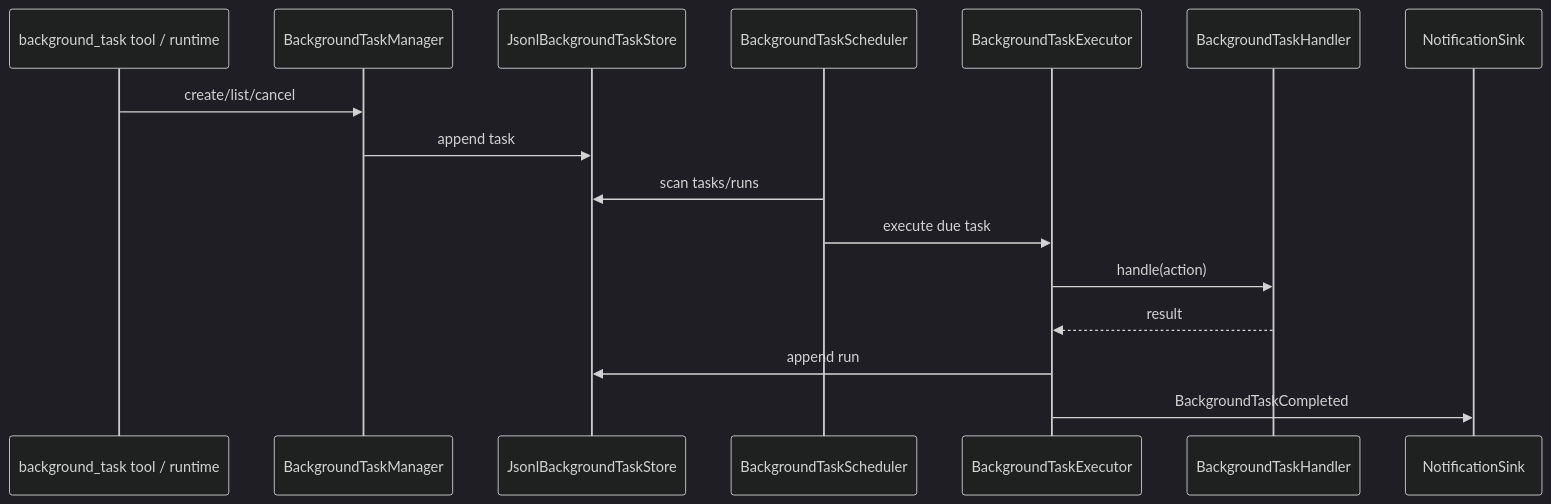
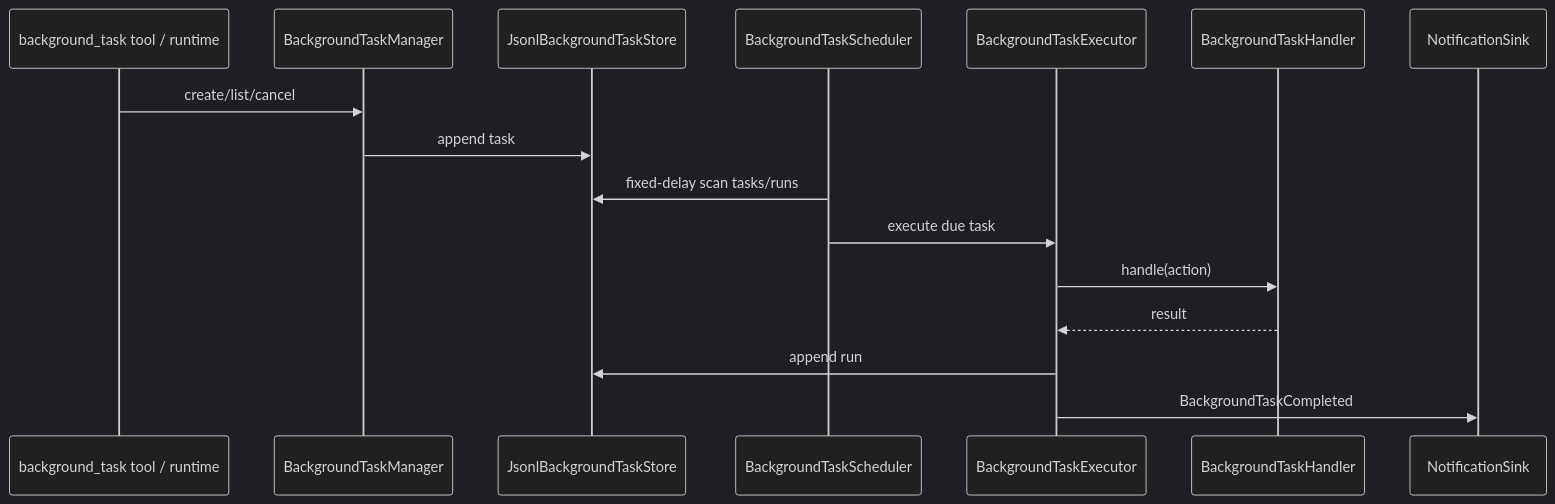
Before and after one commit to yangzhb-cn/aster: the seventh of 10 diagrams in docs/ai-readme/generated/core-flows.md, drawn with Mermaid (dark theme). The commit also changed other lines of this file and 42 other files, not shown here.

````diff
--- a/docs/ai-readme/generated/core-flows.md
+++ b/docs/ai-readme/generated/core-flows.md
@@ -242,19 +277,19 @@
 ```mermaid
 sequenceDiagram
     participant Tool as background_task tool / runtime
     participant Manager as BackgroundTaskManager
     participant Store as JsonlBackgroundTaskStore
     participant Scheduler as BackgroundTaskScheduler
     participant Executor as BackgroundTaskExecutor
     participant Handler as BackgroundTaskHandler
     participant Notify as NotificationSink
 
     Tool->>Manager: create/list/cancel
     Manager->>Store: append task
-    Scheduler->>Store: scan tasks/runs
+    Scheduler->>Store: fixed-delay scan tasks/runs
     Scheduler->>Executor: execute due task
     Executor->>Handler: handle(action)
     Handler-->>Executor: result
     Executor->>Store: append run
     Executor->>Notify: BackgroundTaskCompleted
 ```
````
